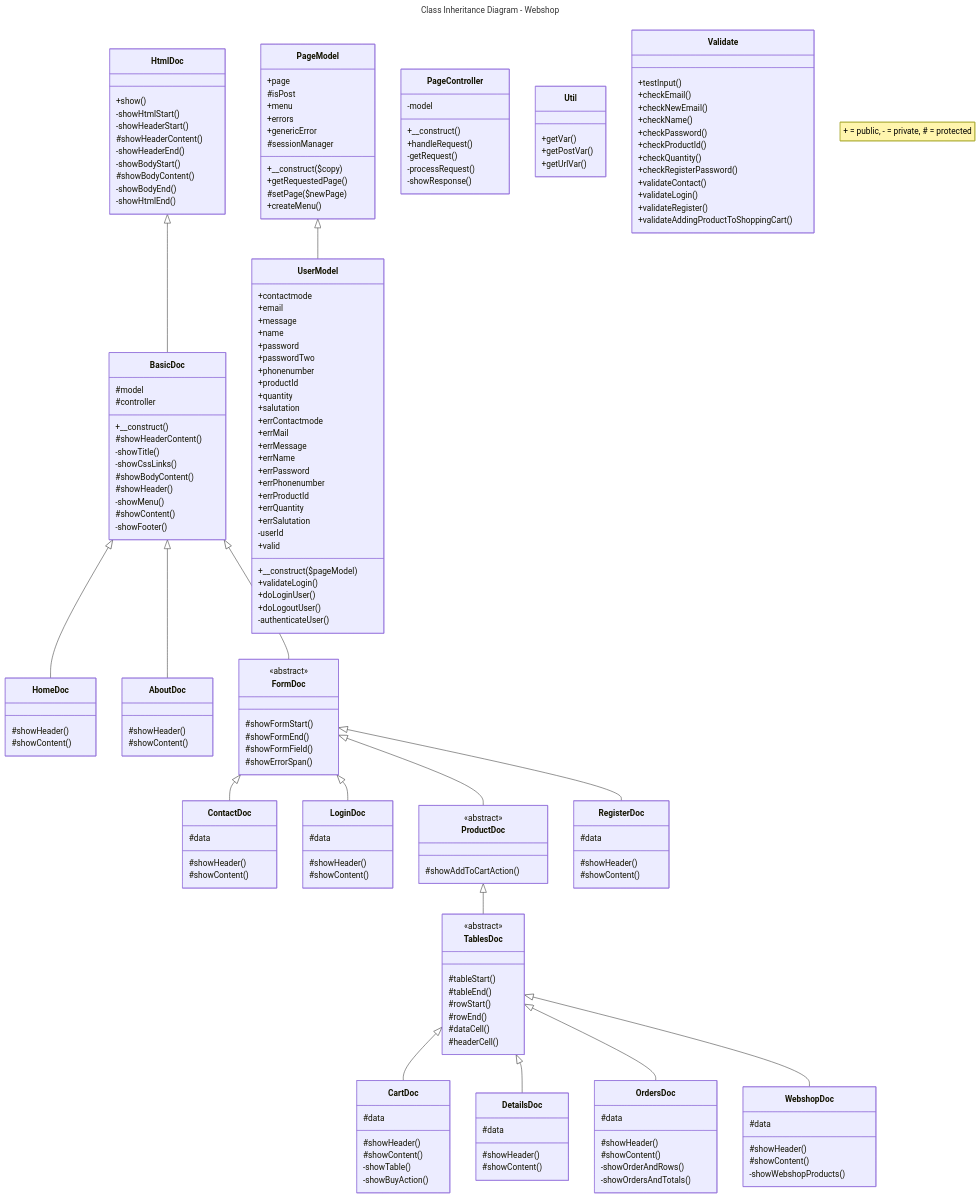
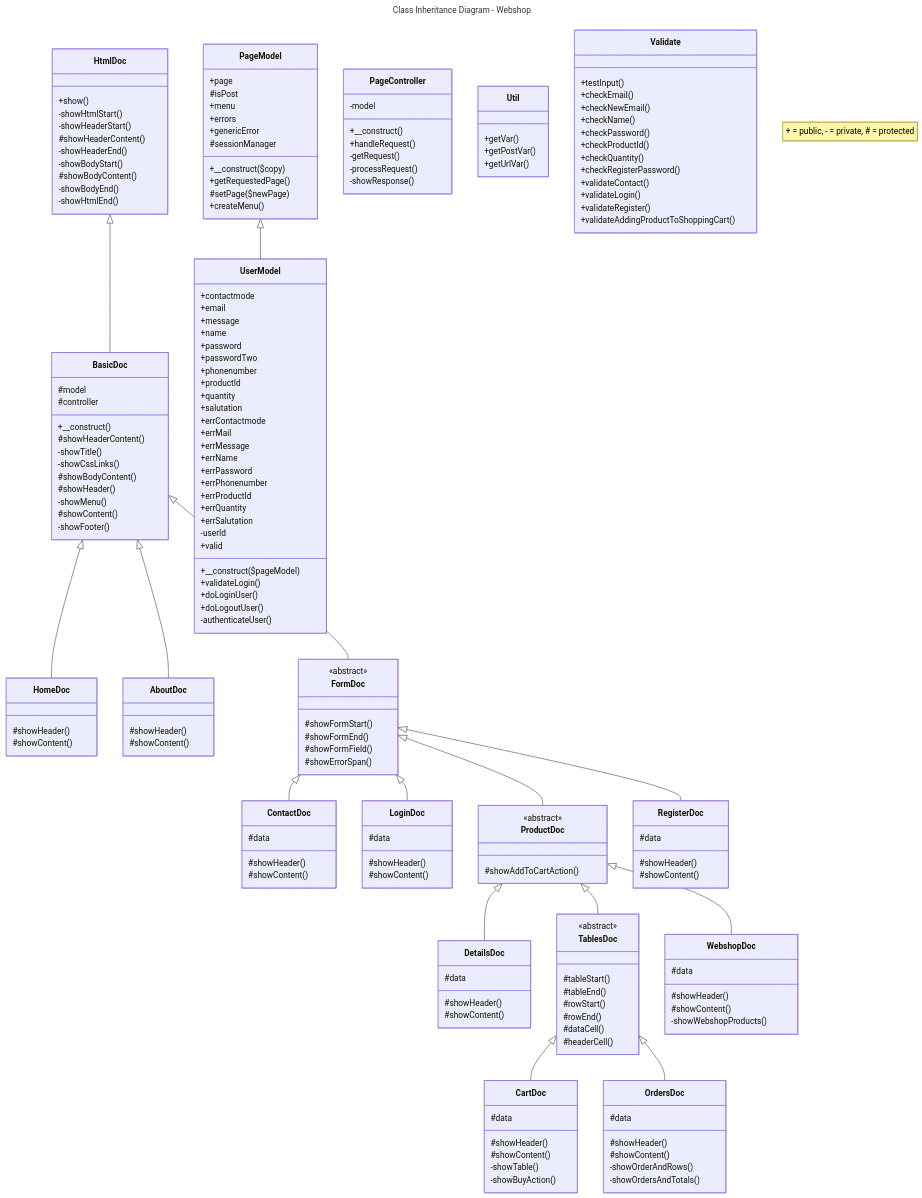
The diagram in Diagrams/#5.md (JeroenHeemskerk/educom-webshop-oop-1698314754), drawn with Mermaid before and after one commit.

```diff
--- a/Diagrams/#5.md
+++ b/Diagrams/#5.md
@@ -17,13 +17,12 @@
     FormDoc <|-- ProductDoc
     FormDoc <|-- RegisterDoc
 
+    ProductDoc <|-- DetailsDoc
     ProductDoc <|-- TablesDoc
+    ProductDoc <|-- WebshopDoc
 
     TablesDoc <|-- CartDoc
-    TablesDoc <|-- DetailsDoc
     TablesDoc <|-- OrdersDoc
-    TablesDoc <|-- WebshopDoc
-
 
     PageModel <|-- UserModel
 
```
